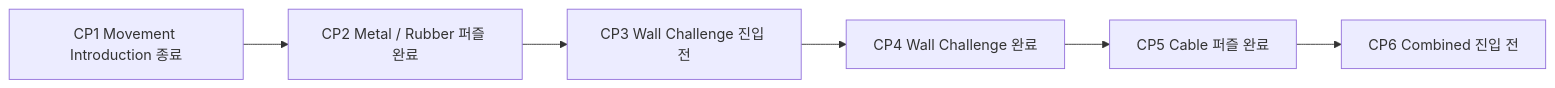
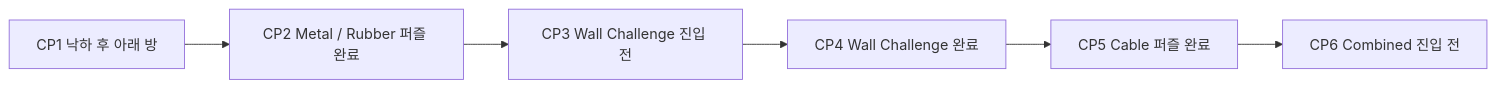
The eighth of 9 diagrams in Docs/04_Level_Design.md (DalYeoU/Spark), drawn with Mermaid before and after one commit. The commit also changed other lines of this file and 2 other files, not shown here.

First line of the commit message:
SPARK-60 Opening Sequence 설계 반영 및 SparkDoor 열림 델리게이트 추가

````diff
--- a/Docs/04_Level_Design.md
+++ b/Docs/04_Level_Design.md
@@ -413,4 +435,4 @@
 ```mermaid
 flowchart LR
-    CP1[CP1 Movement Introduction 종료] --> CP2[CP2 Metal / Rubber 퍼즐 완료] --> CP3[CP3 Wall Challenge 진입 전] --> CP4[CP4 Wall Challenge 완료] --> CP5[CP5 Cable 퍼즐 완료] --> CP6[CP6 Combined 진입 전]
+    CP1[CP1 낙하 후 아래 방] --> CP2[CP2 Metal / Rubber 퍼즐 완료] --> CP3[CP3 Wall Challenge 진입 전] --> CP4[CP4 Wall Challenge 완료] --> CP5[CP5 Cable 퍼즐 완료] --> CP6[CP6 Combined 진입 전]
 ```
````
